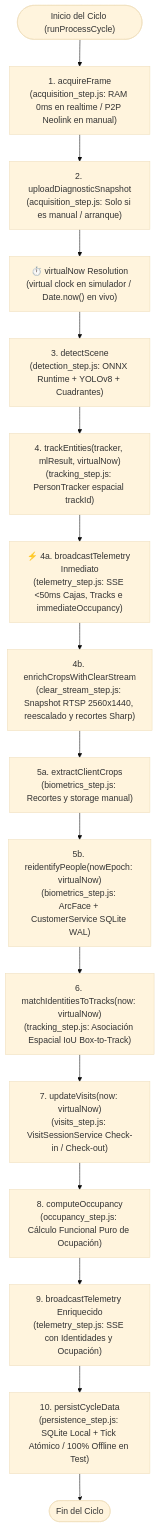
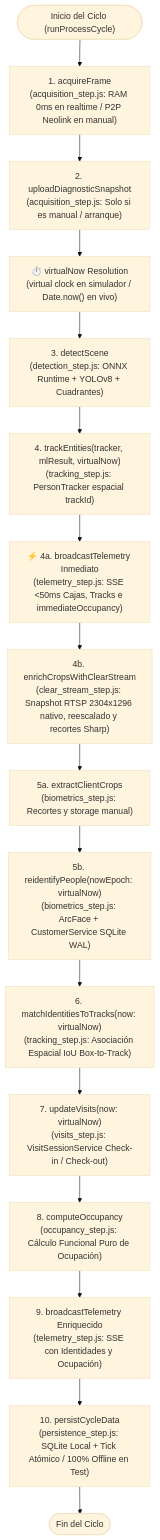
One commit to mijahilbarra/smartcam changed the diagram in agent/PROCESSES.md. Above: the diagram before and after it, drawn with Mermaid (base theme). The commit also changed other lines of this file and 7 other files, not shown here.

Commit message:
docs(adr): update architecture records for OVHcloud VPS, dual-stream and decoupled FPS

````diff
--- a/agent/PROCESSES.md
+++ b/agent/PROCESSES.md
@@ -46,18 +46,18 @@
 ```mermaid
 flowchart TD
     START(["Inicio del Ciclo (runProcessCycle)"]) --> S1["1. acquireFrame<br/>(acquisition_step.js: RAM 0ms en realtime / P2P Neolink en manual)"]
     S1 --> S2["2. uploadDiagnosticSnapshot<br/>(acquisition_step.js: Solo si es manual / arranque)"]
     S2 --> VNOW["⏱️ virtualNow Resolution<br/>(virtual clock en simulador / Date.now() en vivo)"]
     VNOW --> S3["3. detectScene<br/>(detection_step.js: ONNX Runtime + YOLOv8 + Cuadrantes)"]
     S3 --> S4["4. trackEntities(tracker, mlResult, virtualNow)<br/>(tracking_step.js: PersonTracker espacial trackId)"]
     S4 --> TEL_EARLY["⚡ 4a. broadcastTelemetry Inmediato<br/>(telemetry_step.js: SSE <50ms Cajas, Tracks e immediateOccupancy)"]
-    TEL_EARLY --> CLEAR["4b. enrichCropsWithClearStream<br/>(clear_stream_step.js: Snapshot RTSP 2560x1440, reescalado y recortes Sharp)"]
+    TEL_EARLY --> CLEAR["4b. enrichCropsWithClearStream<br/>(clear_stream_step.js: Snapshot RTSP 2304x1296 nativo, reescalado y recortes Sharp)"]
     CLEAR --> S5A["5a. extractClientCrops<br/>(biometrics_step.js: Recortes y storage manual)"]
     S5A --> S5B["5b. reidentifyPeople(nowEpoch: virtualNow)<br/>(biometrics_step.js: ArcFace + CustomerService SQLite WAL)"]
     S5B --> S6["6. matchIdentitiesToTracks(now: virtualNow)<br/>(tracking_step.js: Asociación Espacial IoU Box-to-Track)"]
     S6 --> S7["7. updateVisits(now: virtualNow)<br/>(visits_step.js: VisitSessionService Check-in / Check-out)"]
     S7 --> S8["8. computeOccupancy<br/>(occupancy_step.js: Cálculo Funcional Puro de Ocupación)"]
     S8 --> TEL_FINAL["9. broadcastTelemetry Enriquecido<br/>(telemetry_step.js: SSE con Identidades y Ocupación)"]
     TEL_FINAL --> S10["10. persistCycleData<br/>(persistence_step.js: SQLite Local + Tick Atómico / 100% Offline en Test)"]
     S10 --> END(["Fin del Ciclo"])
 ```
````
